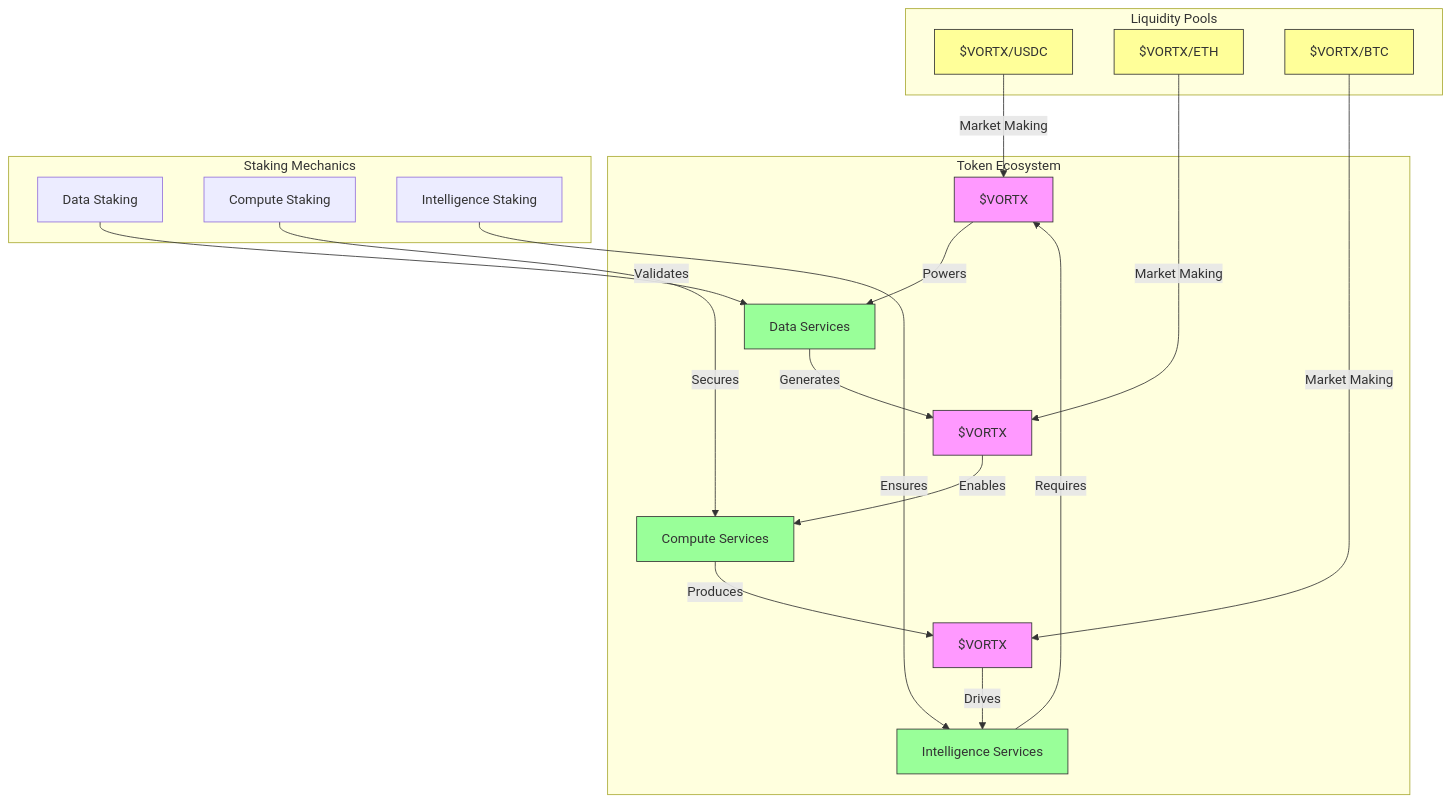
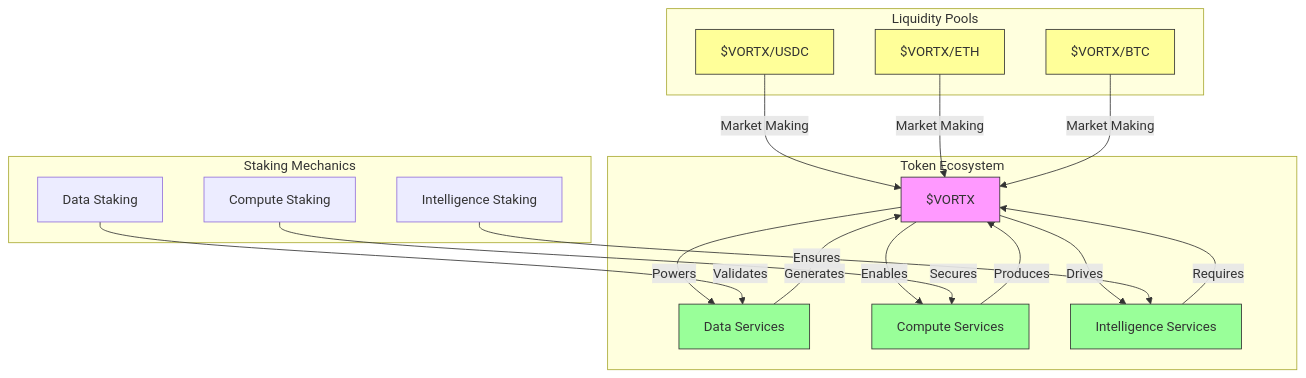
The eighth of 25 diagrams in docs/whitepapers/README.md (Vortx-AI/synthetic-satellite), drawn with Mermaid before and after one commit. The commit also changed other lines of this file, not shown here.

````diff
--- a/docs/whitepapers/README.md
+++ b/docs/whitepapers/README.md
@@ -300,32 +300,32 @@
 ```mermaid
 graph TD
     subgraph Token Ecosystem
         V1[$VORTX] -->|Powers| D[Data Services]
-        V2[$VORTX] -->|Enables| C[Compute Services]
-        V3[$VORTX] -->|Drives| I[Intelligence Services]
+        V1 -->|Enables| C[Compute Services]
+        V1 -->|Drives| I[Intelligence Services]
         
-        D -->|Generates| V2
-        C -->|Produces| V3
+        D -->|Generates| V1
+        C -->|Produces| V1
         I -->|Requires| V1
     end
     
     subgraph Staking Mechanics
         S1[Data Staking] -->|Validates| D
         S2[Compute Staking] -->|Secures| C
         S3[Intelligence Staking] -->|Ensures| I
     end
     
     subgraph Liquidity Pools
         L1[$VORTX/USDC] -->|Market Making| V1
-        L2[$VORTX/ETH] -->|Market Making| V2
-        L3[$VORTX/BTC] -->|Market Making| V3
+        L2[$VORTX/ETH] -->|Market Making| V1
+        L3[$VORTX/BTC] -->|Market Making| V1
     end
     
     classDef token fill:#f9f,stroke:#333
     classDef service fill:#9f9,stroke:#333
     classDef pool fill:#ff9,stroke:#333
     
-    class V1,V2,V3 token
+    class V1,V1,V1 token
     class D,C,I service
     class L1,L2,L3 pool
 ```
````
